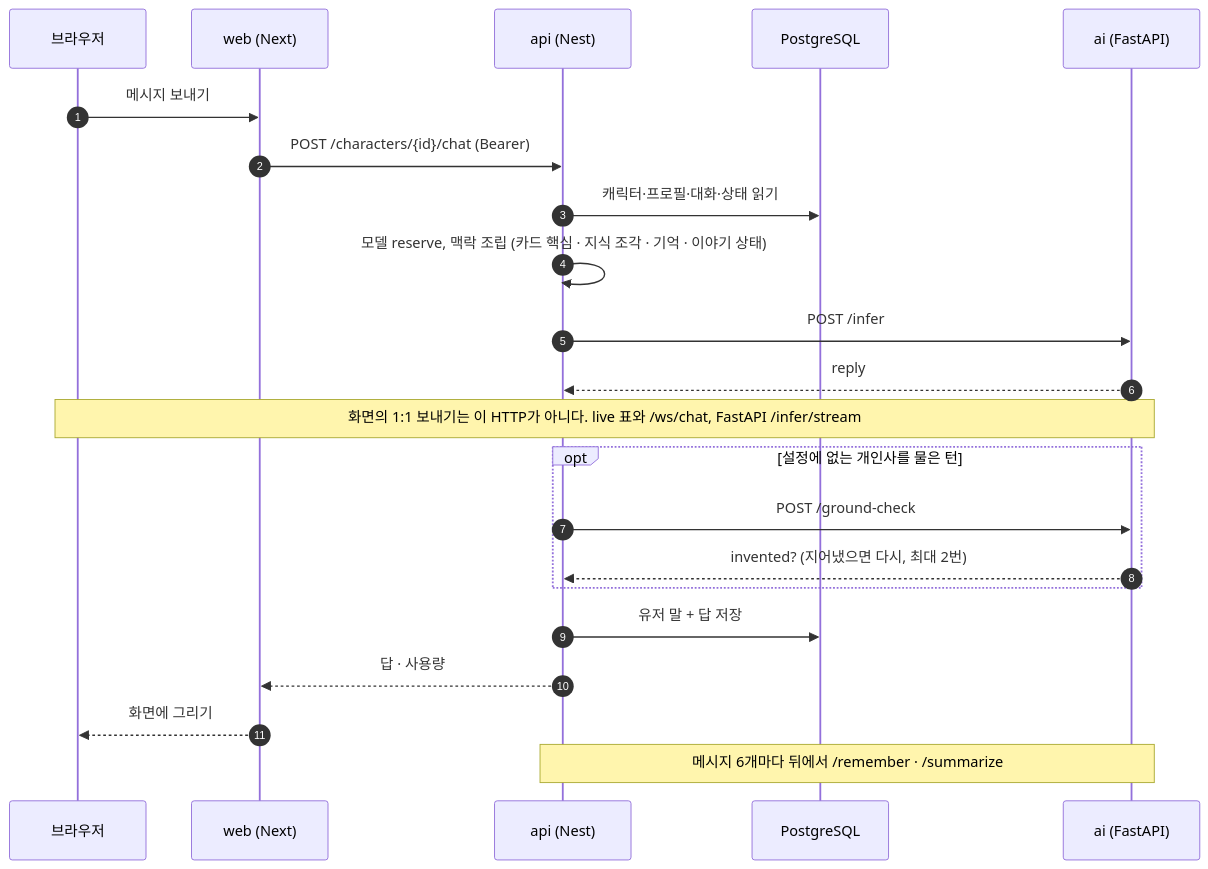
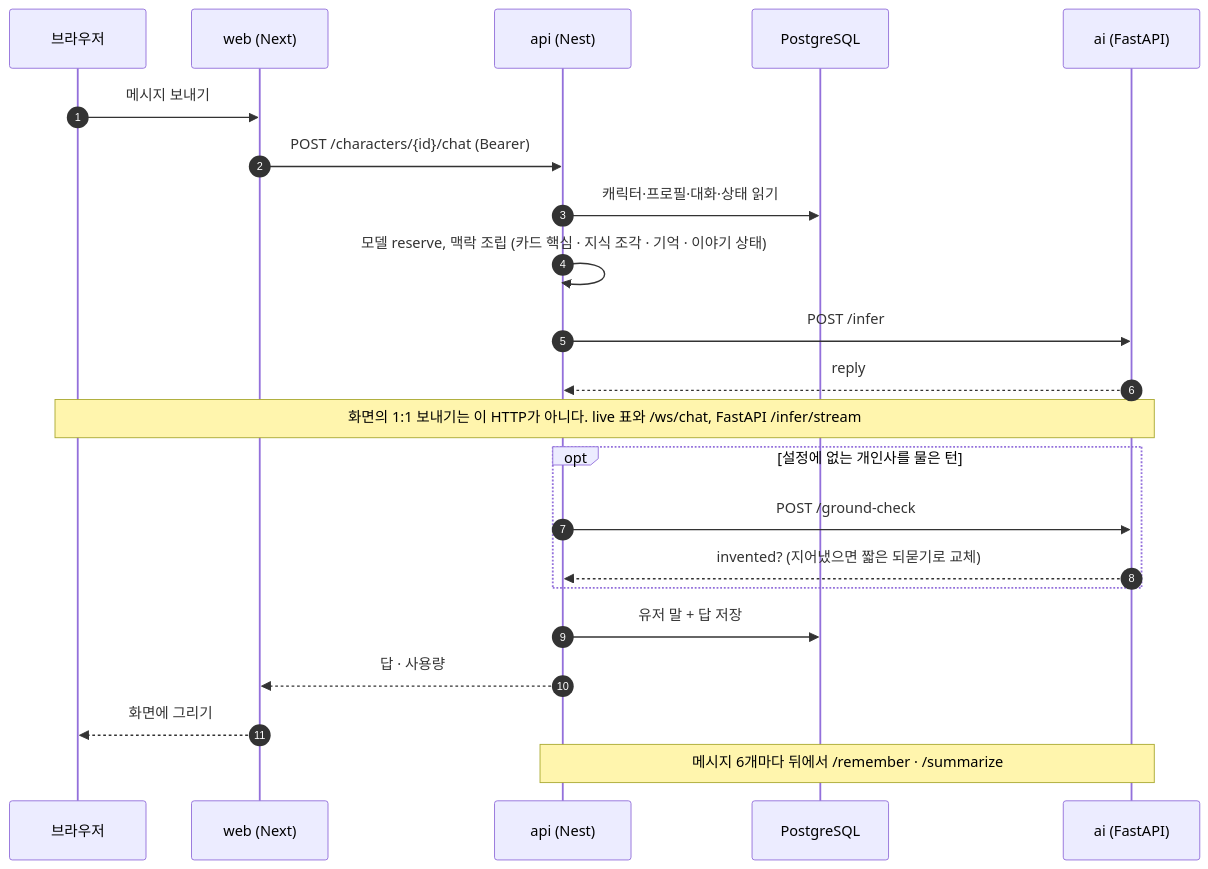
The first of 5 diagrams in docs/Architecture/data-flow.md (samam0234/CodiComperChat), drawn with Mermaid before and after one commit. The commit also changed other lines of this file and 16 other files, not shown here.

````diff
--- a/docs/Architecture/data-flow.md
+++ b/docs/Architecture/data-flow.md
@@ -34,24 +38,24 @@
 ```mermaid
 sequenceDiagram
   autonumber
   participant B as 브라우저
   participant W as web (Next)
   participant N as api (Nest)
   participant D as PostgreSQL
   participant A as ai (FastAPI)
   B->>W: 메시지 보내기
   W->>N: POST /characters/{id}/chat (Bearer)
   N->>D: 캐릭터·프로필·대화·상태 읽기
   N->>N: 모델 reserve, 맥락 조립 (카드 핵심 · 지식 조각 · 기억 · 이야기 상태)
   N->>A: POST /infer
   A-->>N: reply
   Note over B,A: 화면의 1:1 보내기는 이 HTTP가 아니다. live 표와 /ws/chat, FastAPI /infer/stream
   opt 설정에 없는 개인사를 물은 턴
     N->>A: POST /ground-check
-    A-->>N: invented? (지어냈으면 다시, 최대 2번)
+    A-->>N: invented? (지어냈으면 짧은 되묻기로 교체)
   end
   N->>D: 유저 말 + 답 저장
   N-->>W: 답 · 사용량
   W-->>B: 화면에 그리기
   Note over N,A: 메시지 6개마다 뒤에서 /remember · /summarize
 ```
````
